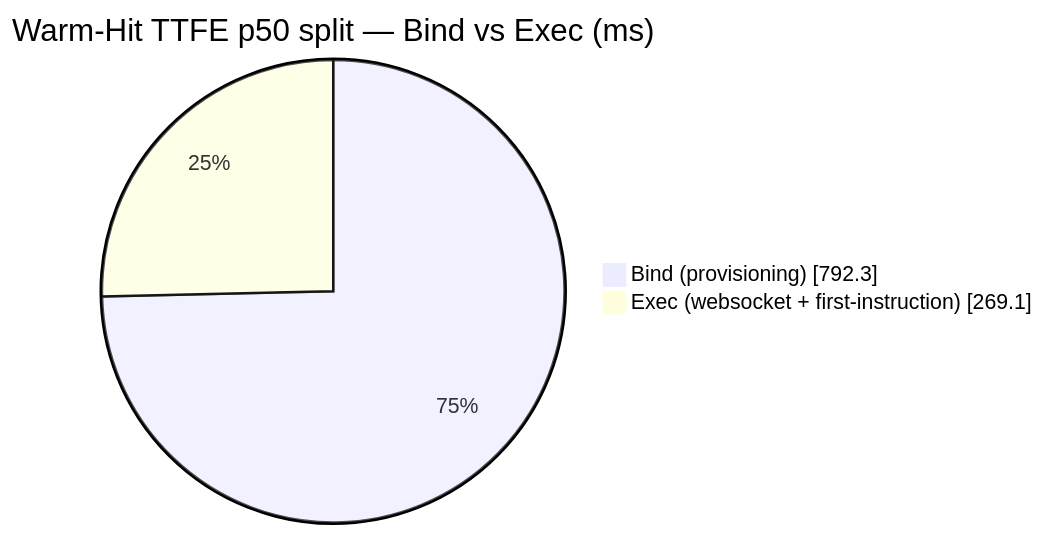
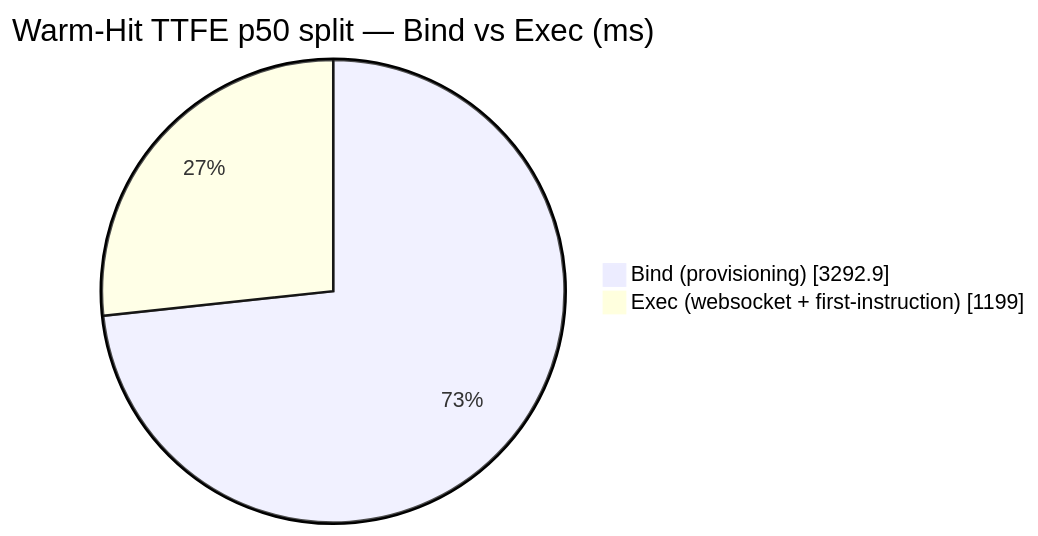
Before and after one commit to AlexBulankou/honest-bench: the diagram in DETAILS.md, drawn with Mermaid. The commit also changed other lines of this file and 3 other files, not shown here.

````diff
--- a/DETAILS.md
+++ b/DETAILS.md
@@ -60,6 +60,6 @@
 ```mermaid
 pie showData
     title Warm-Hit TTFE p50 split — Bind vs Exec (ms)
-    "Bind (provisioning)" : 792.3
-    "Exec (websocket + first-instruction)" : 269.1
+    "Bind (provisioning)" : 3292.9
+    "Exec (websocket + first-instruction)" : 1199.0
 ```
````
